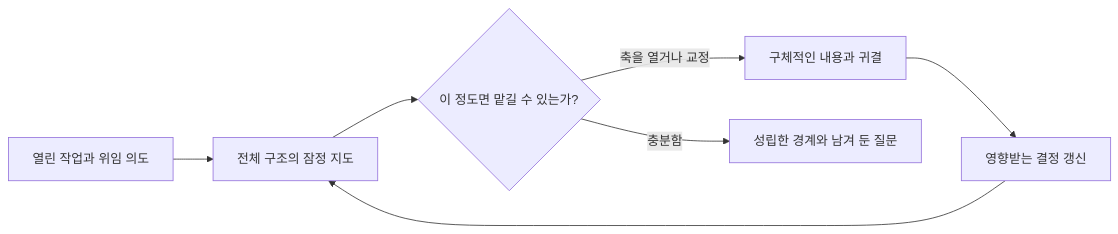
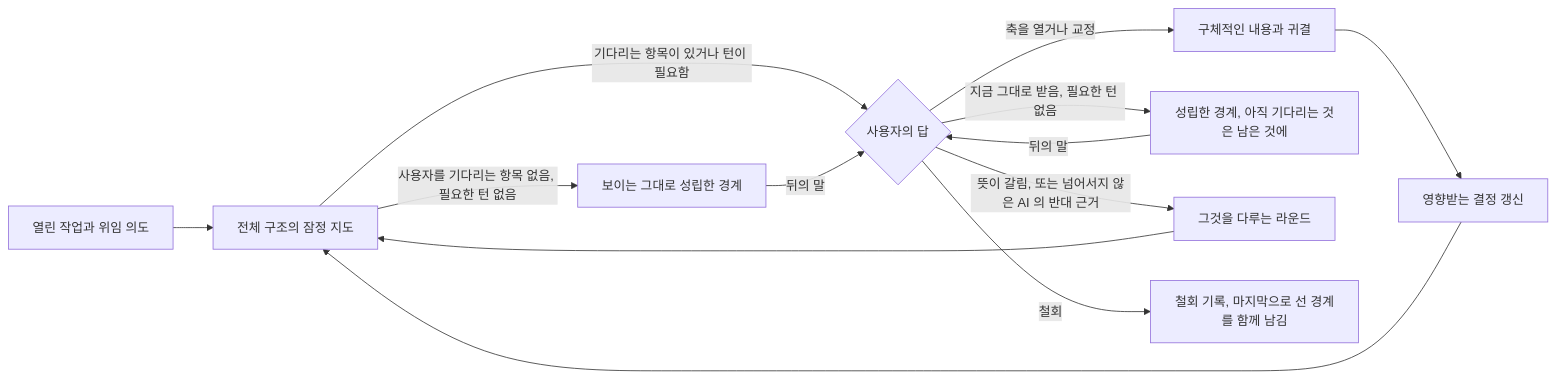
The diagram in horismos/README_ko.md (jongwony/epistemic-protocols), drawn with Mermaid before and after one commit. The commit also changed other lines of this file and 11 other files, not shown here.

````diff
--- a/horismos/README_ko.md
+++ b/horismos/README_ko.md
@@ -9,9 +9,15 @@
 ```mermaid
 flowchart LR
     A[열린 작업과 위임 의도] --> B[전체 구조의 잠정 지도]
-    B --> C{이 정도면 맡길 수 있는가?}
+    B -->|사용자를 기다리는 항목 없음, 필요한 턴 없음| G[보이는 그대로 성립한 경계]
+    B -->|기다리는 항목이 있거나 턴이 필요함| C{사용자의 답}
     C -->|축을 열거나 교정| D[구체적인 내용과 귀결]
     D --> E[영향받는 결정 갱신]
     E --> B
-    C -->|충분함| F[성립한 경계와 남겨 둔 질문]
+    C -->|지금 그대로 받음, 필요한 턴 없음| F[성립한 경계, 아직 기다리는 것은 남은 것에]
+    C -->|뜻이 갈림, 또는 넘어서지 않은 AI 의 반대 근거| H[그것을 다루는 라운드]
+    H --> B
+    C -->|철회| W[철회 기록, 마지막으로 선 경계를 함께 남김]
+    F -->|뒤의 말| C
+    G -->|뒤의 말| C
 ```
````
